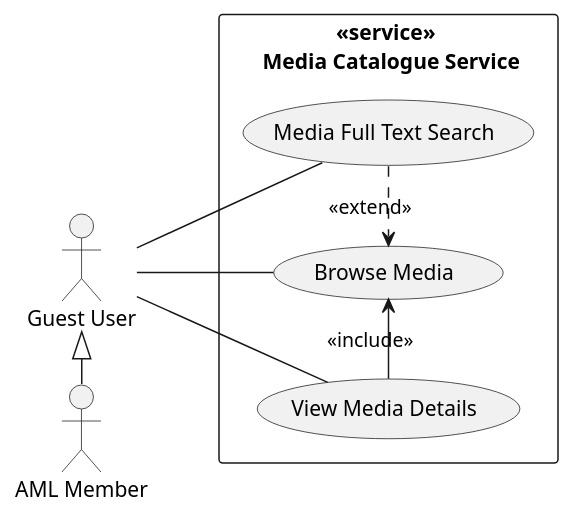
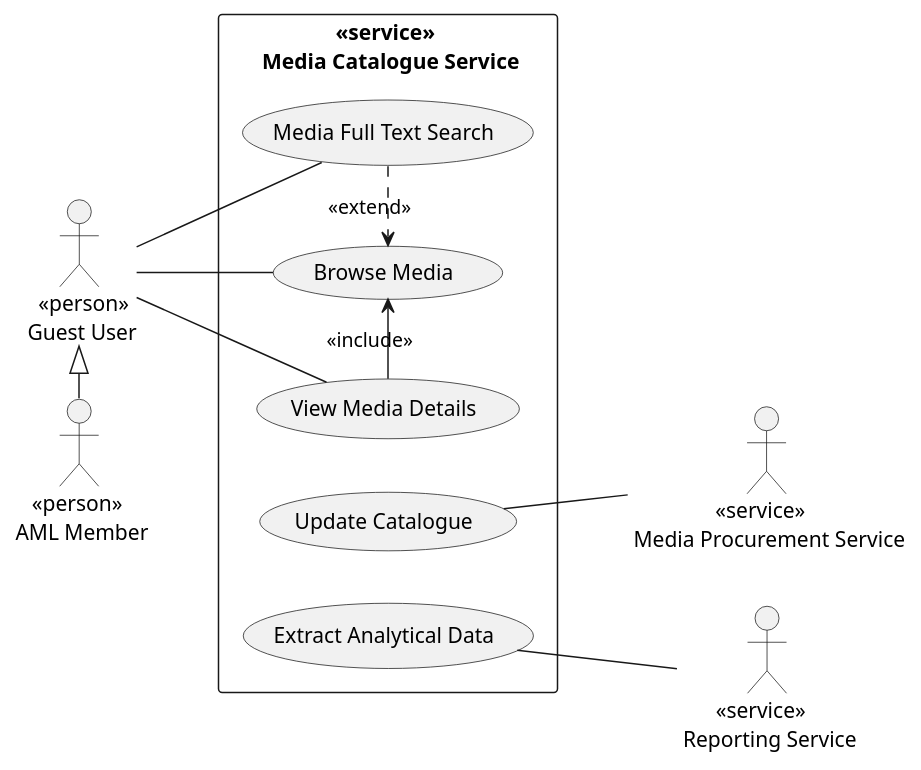
Before and after one commit to Nox-iv/group-11: the diagram in documentation/use-cases/media-catalogue.puml, drawn with PlantUML.

Commit message:
Add service actors and use cases

```diff
--- a/documentation/use-cases/media-catalogue.puml
+++ b/documentation/use-cases/media-catalogue.puml
@@ -1,23 +1,30 @@
 @startuml media-catalogue
 
 left to right direction
 
 rectangle "<<service>> \n Media Catalogue Service" {
     (Browse Media) as browse_media
     (Media Full Text Search) as search_media
     (View Media Details) as view_media
+    (Update Catalogue) as update_catalogue
+    (Extract Analytical Data) as export_data
 }
 
-:Guest User: as guest_user
-:AML Member: as aml_member
+:   <<person>> \n Guest User: as guest_user
+:    <<person>> \n AML Member: as aml_member
+:                <<service>> \n Media Procurement Service: as media_procurement_service
+:       <<service>> \n Reporting Service: as reporting_service
 
 guest_user <|-r-- aml_member
 
 browse_media <.l. search_media: <<extend>>
 browse_media <-l- view_media: <<include>>
 
 guest_user -- browse_media
 guest_user -- search_media
 guest_user -- view_media
 
+update_catalogue -- media_procurement_service
+export_data -- reporting_service
+
 @enduml
```
